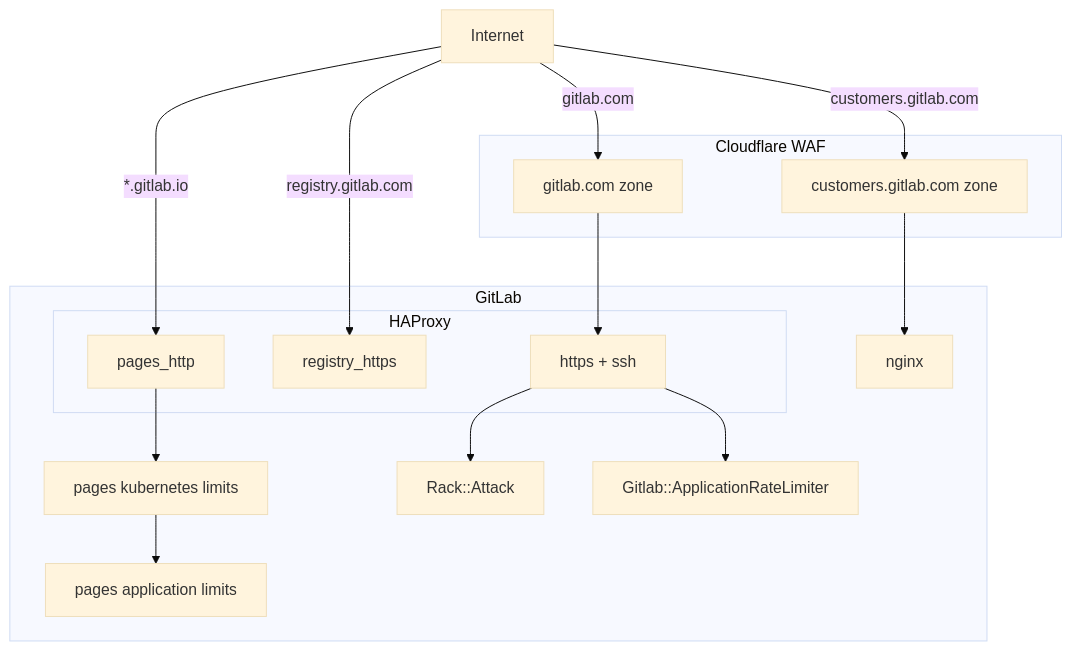
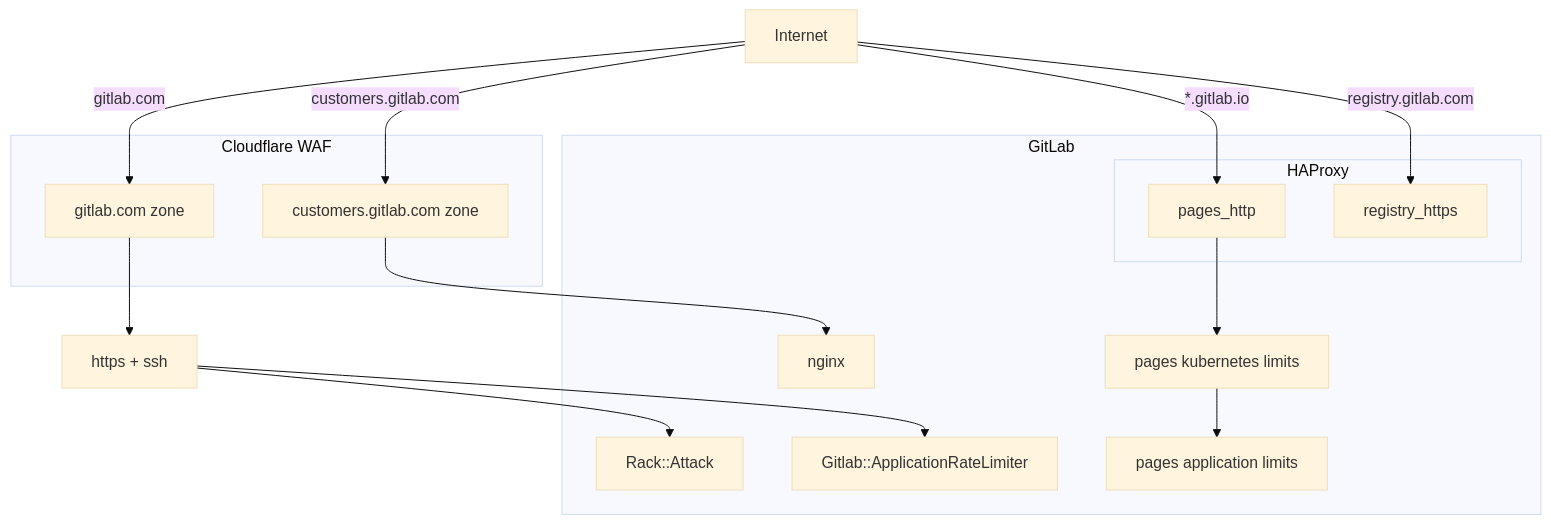
One commit to zalyoung/gitlab-handbook changed the first of 2 diagrams in content/handbook/engineering/infrastructure/rate-limiting/_index.md. Above: the diagram before and after it, drawn with Mermaid (base theme). The commit also changed other lines of this file, not shown here.

````diff
--- a/content/handbook/engineering/infrastructure/rate-limiting/_index.md
+++ b/content/handbook/engineering/infrastructure/rate-limiting/_index.md
@@ -22,29 +22,29 @@
 ```mermaid
 flowchart TD
     A[Internet]
     A -->|gitlab.com| D(Cloudflare WAF)
     A -->|customers.gitlab.com| F
     subgraph ide3 [Cloudflare WAF]
         D[gitlab.com zone]
         F[customers.gitlab.com zone]
     end
     A -->|*.gitlab.io| C
     A -->|registry.gitlab.com| N
     D --> G
     F --> H
+    G[https + ssh]
     subgraph ide2 [GitLab]
         subgraph ide1 [HAProxy]
             C[pages_http]
             N[registry_https]
-            G[https + ssh]
         end
         C --> K
         H[nginx]
         K[pages kubernetes limits]
         K-->M[pages application limits]
         I[Rack::Attack]
         J[Gitlab::ApplicationRateLimiter]
     end
     G --> I
     G --> J
 ```
````
